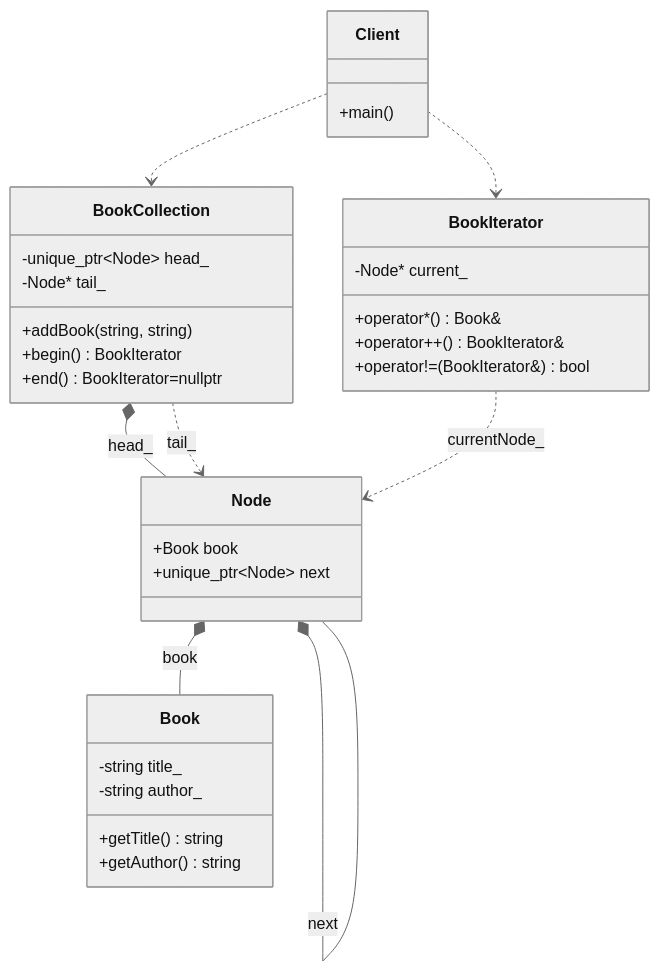
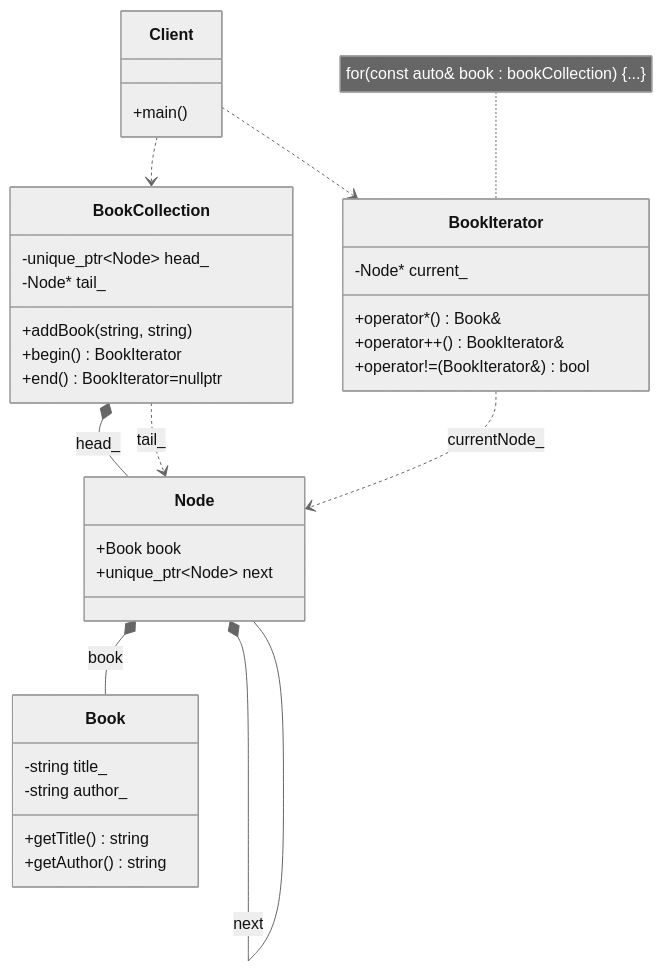
One commit to Cichlidfishexigency721/Modern-CPP-Design-Patterns changed the diagram in 21_Iterator/Iterator_STL/diagram.md. Above: the diagram before and after it, drawn with Mermaid (neutral theme). The commit also changed 1 other file, not shown here.

Commit message:
Improvement in UML

````diff
--- a/21_Iterator/Iterator_STL/diagram.md
+++ b/21_Iterator/Iterator_STL/diagram.md
@@ -3,45 +3,47 @@
 ```mermaid
 classDiagram
     class Book {
         -string title_
         -string author_
         +getTitle() string
         +getAuthor() string
     }
 
     class Node {
         +Book book
         +unique_ptr~Node~ next
     }
 
     class BookIterator {
         -Node* current_
         +operator*() Book&
         +operator++() BookIterator&
         +operator!=(BookIterator&) bool
     }
 
     class BookCollection {
         -unique_ptr~Node~ head_
         -Node* tail_
         +addBook(string, string)
         +begin() BookIterator
         +end() BookIterator=nullptr
     }
 
     class Client {
         +main()
     }
 
+    note for BookIterator "for(const auto& book : bookCollection) {...}"
+
     %% Relationships using your symbology reference:
 
     BookCollection *-- Node : head_
     BookCollection ..> Node : tail_
     Node *-- Book : book
     Node *-- Node : next
 
     BookIterator ..> Node : currentNode_
 
     Client ..> BookCollection
     Client ..> BookIterator
 ```
````
